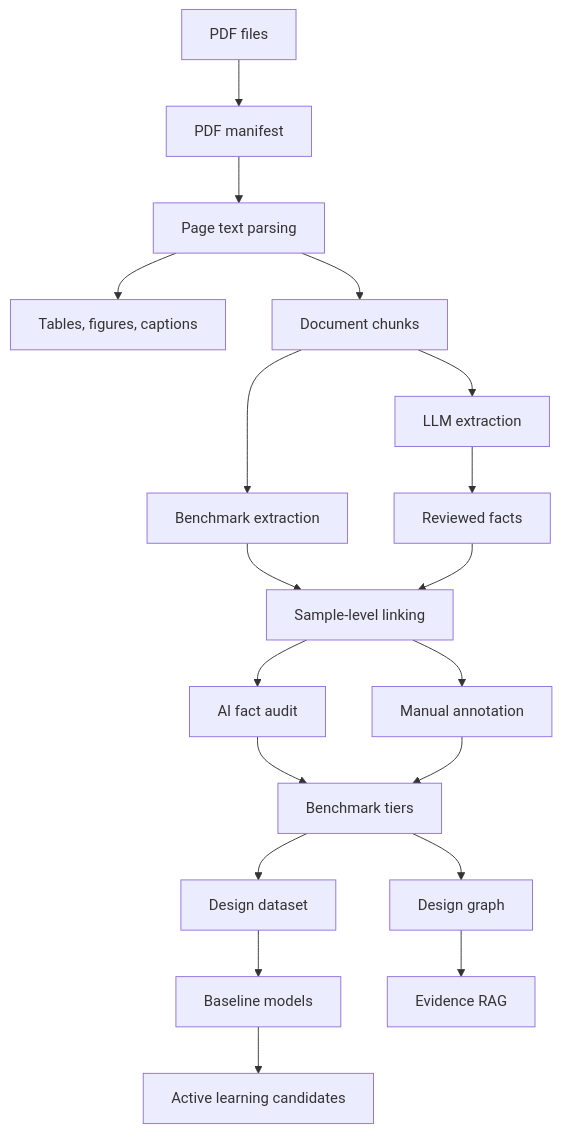
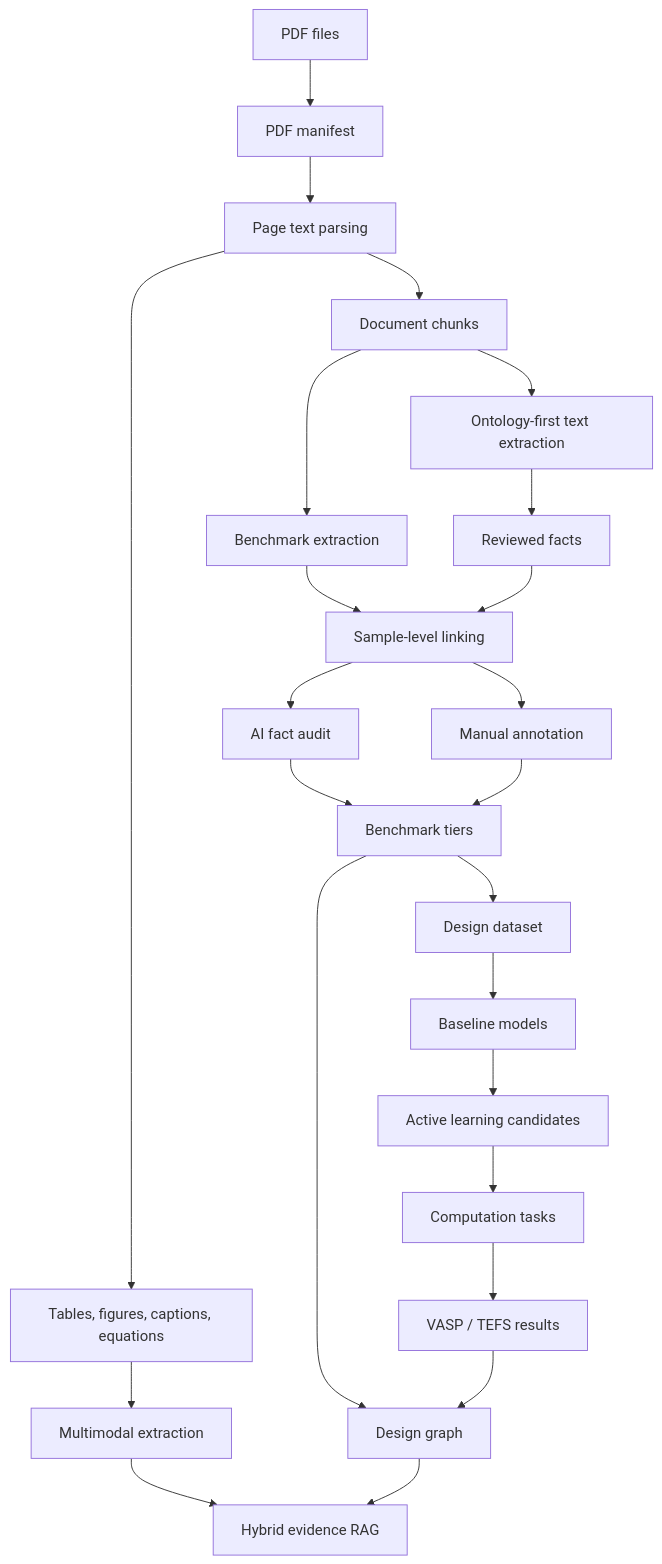
One commit to 2850zjf/hfo2-ferro-kg changed the diagram in docs/HfO2-FerroKG_完整工作说明.md. Above: the diagram before and after it, drawn with Mermaid. The commit also changed other lines of this file and 273 other files, not shown here.

````diff
--- a/docs/HfO2-FerroKG_完整工作说明.md
+++ b/docs/HfO2-FerroKG_完整工作说明.md
@@ -109,21 +121,26 @@
 ```mermaid
 flowchart TD
     A["PDF files"] --> B["PDF manifest"]
     B --> C["Page text parsing"]
-    C --> D["Tables, figures, captions"]
+    C --> D["Tables, figures, captions, equations"]
     C --> E["Document chunks"]
-    E --> F["LLM extraction"]
+    D --> F0["Multimodal extraction"]
+    E --> F["Ontology-first text extraction"]
     E --> G["Benchmark extraction"]
     F --> H["Reviewed facts"]
     G --> I["Sample-level linking"]
     H --> I
     I --> J["AI fact audit"]
     I --> K["Manual annotation"]
     J --> L["Benchmark tiers"]
     K --> L
     L --> M["Design dataset"]
     M --> N["Baseline models"]
     N --> O["Active learning candidates"]
     L --> P["Design graph"]
-    P --> Q["Evidence RAG"]
+    F0 --> Q["Hybrid evidence RAG"]
+    P --> Q
+    O --> R["Computation tasks"]
+    R --> S["VASP / TEFS results"]
+    S --> P
 ```
````
